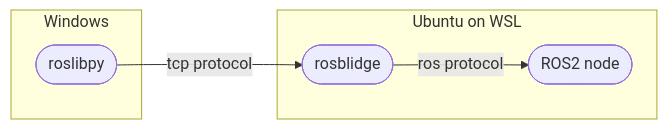
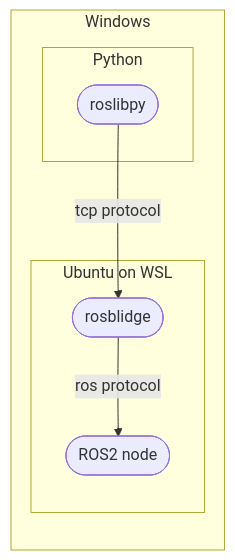
Before and after one commit to yuubae215/zenn-content: the diagram in articles/220514_py-roslibpy_rosbridge.md, drawn with Mermaid. The commit also changed other lines of this file, not shown here.

Commit message:
fix: correct typographical errors

````diff
--- a/articles/220514_py-roslibpy_rosbridge.md
+++ b/articles/220514_py-roslibpy_rosbridge.md
@@ -24,12 +24,14 @@
 ```mermaid
-flowchart LR
+graph LR
     subgraph Windows
-    A([roslibpy])
-    end
-    subgraph Ubuntu on WSL
-    B([rosblidge])
-    C([ROS2 node])
+        subgraph Python
+            A([roslibpy])
+        end
+        subgraph Ubuntu on WSL
+            B([rosblidge])
+            C([ROS2 node])
+        end
     end
 
 A--tcp protocol-->B--ros protocol-->C
 ```
````
